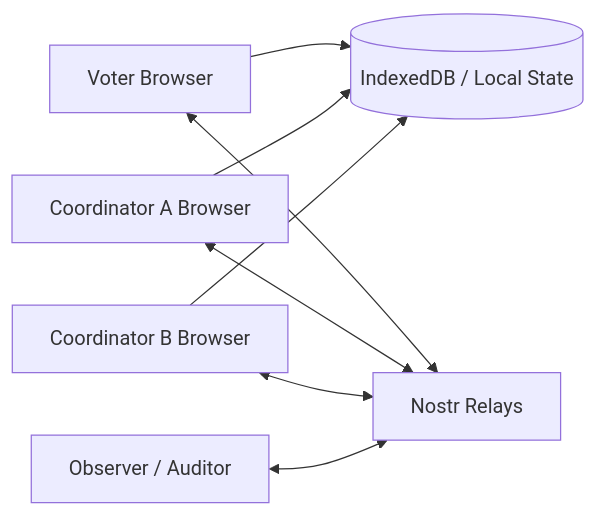
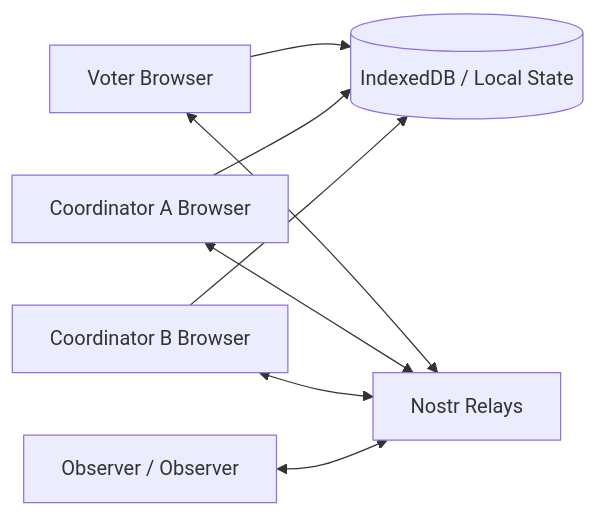
Before and after one commit to tidley/auditable-voting: the first of 8 diagrams in docs/project-explainer.md, drawn with Mermaid. The commit also changed other lines of this file and 12 other files, not shown here.

Commit message:
Bump web to 0.1.28 and rename auditor to observer

````diff
--- a/docs/project-explainer.md
+++ b/docs/project-explainer.md
@@ -179,18 +179,18 @@
 ```mermaid
 flowchart LR
   V[Voter Browser]
   C1[Coordinator A Browser]
   C2[Coordinator B Browser]
   N[Nostr Relays]
-  O[Observer / Auditor]
+  O[Observer / Observer]
   B[(IndexedDB / Local State)]
 
   V --> B
   C1 --> B
   C2 --> B
 
   V <--> N
   C1 <--> N
   C2 <--> N
   O <--> N
 ```
````
